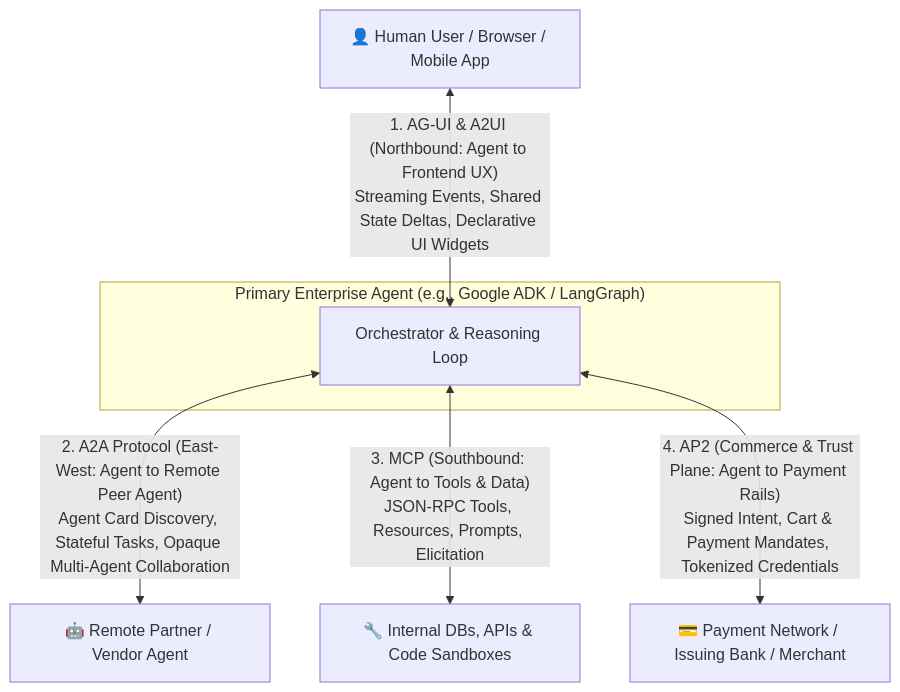
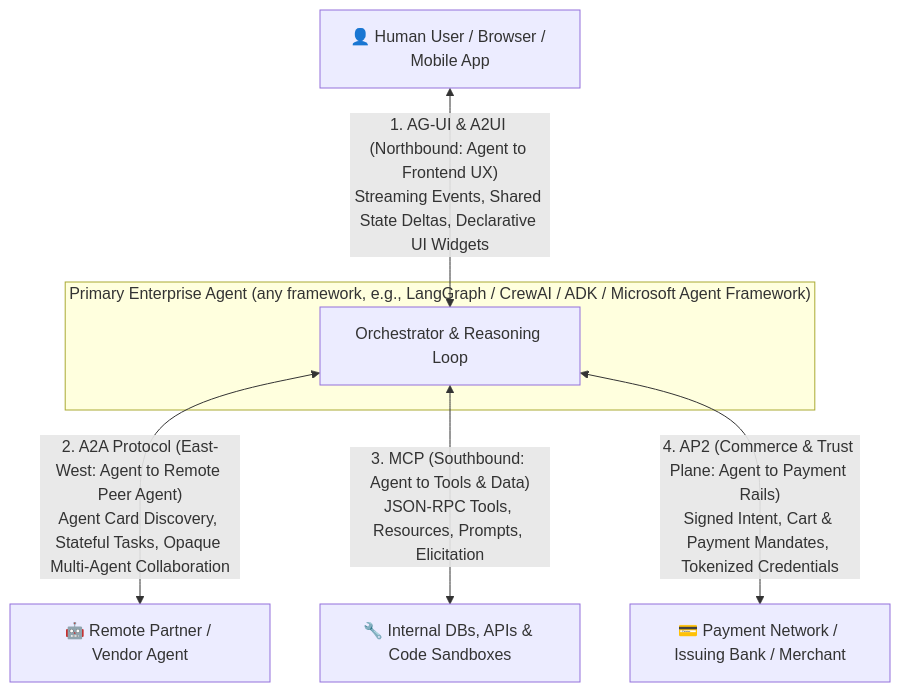
One commit to Rajdipc/agentic-ai-orchestration-patterns changed the third of 3 diagrams in chapter-15-agent-to-frontend-ux-and-commerce-protocols.md. Above: the diagram before and after it, drawn with Mermaid. The commit also changed 18 other files, not shown here.

````diff
--- a/chapter-15-agent-to-frontend-ux-and-commerce-protocols.md
+++ b/chapter-15-agent-to-frontend-ux-and-commerce-protocols.md
@@ -165,13 +165,13 @@
 ```mermaid
 flowchart TD
     Human["👤 Human User / Browser / Mobile App"]
 
-    subgraph Orch["Primary Enterprise Agent (e.g., Google ADK / LangGraph)"]
+    subgraph Orch["Primary Enterprise Agent (any framework, e.g., LangGraph / CrewAI / ADK / Microsoft Agent Framework)"]
         Core["Orchestrator & Reasoning Loop"]
     end
 
     Human <-->|"1. AG-UI & A2UI (Northbound: Agent to Frontend UX)<br/>Streaming Events, Shared State Deltas, Declarative UI Widgets"| Core
     Core <-->|"2. A2A Protocol (East-West: Agent to Remote Peer Agent)<br/>Agent Card Discovery, Stateful Tasks, Opaque Multi-Agent Collaboration"| Peer["🤖 Remote Partner / Vendor Agent"]
     Core <-->|"3. MCP (Southbound: Agent to Tools & Data)<br/>JSON-RPC Tools, Resources, Prompts, Elicitation"| Tools["🔧 Internal DBs, APIs & Code Sandboxes"]
     Core <-->|"4. AP2 (Commerce & Trust Plane: Agent to Payment Rails)<br/>Signed Intent, Cart & Payment Mandates, Tokenized Credentials"| Pay["💳 Payment Network / Issuing Bank / Merchant"]
 ```
````
